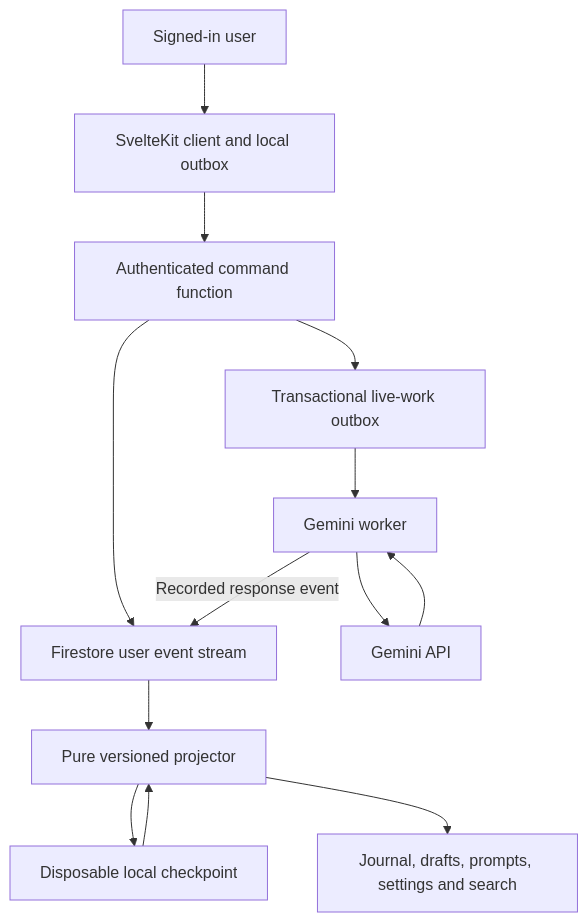
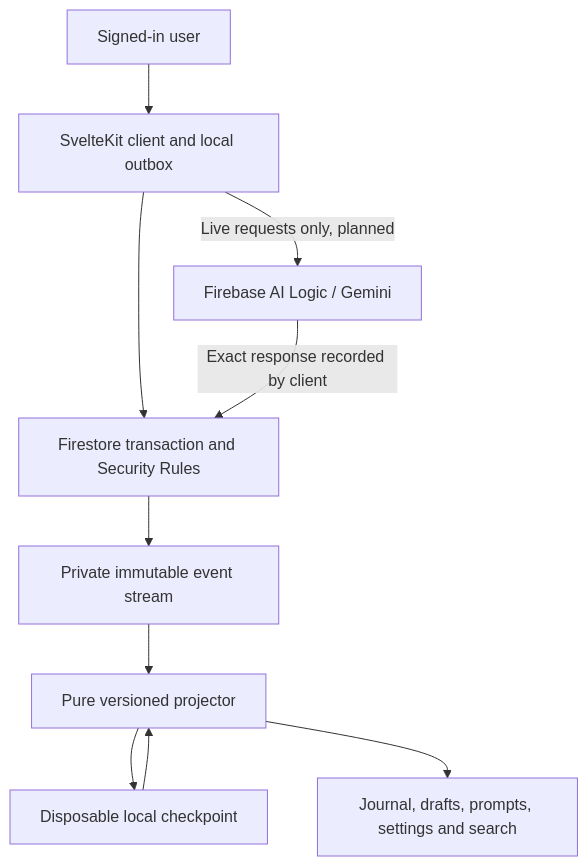
Before and after one commit to DrBrrl/gratitude: the diagram in MVP_DESIGN.md, drawn with Mermaid. The commit also changed other lines of this file and 30 other files, not shown here.

Commit message:
Enable Firebase previews with secure direct Firestore writes

````diff
--- a/MVP_DESIGN.md
+++ b/MVP_DESIGN.md
@@ -45,15 +47,12 @@
 ```mermaid
 flowchart TD
   User[Signed-in user] --> Client[SvelteKit client and local outbox]
-  Client --> Commands[Authenticated command function]
-  Commands --> Stream[Firestore user event stream]
-  Commands --> Jobs[Transactional live-work outbox]
-  Jobs --> Worker[Gemini worker]
-  Worker --> Gemini[Gemini API]
-  Gemini --> Worker
-  Worker -->|Recorded response event| Stream
+  Client --> Transaction[Firestore transaction and Security Rules]
+  Transaction --> Stream[Private immutable event stream]
+  Client -->|Live requests only, planned| AI[Firebase AI Logic / Gemini]
+  AI -->|Exact response recorded by client| Transaction
   Stream --> Projector[Pure versioned projector]
   Cache[Disposable local checkpoint] --> Projector
   Projector --> Cache
   Projector --> UI[Journal, drafts, prompts, settings and search]
 ```
````
